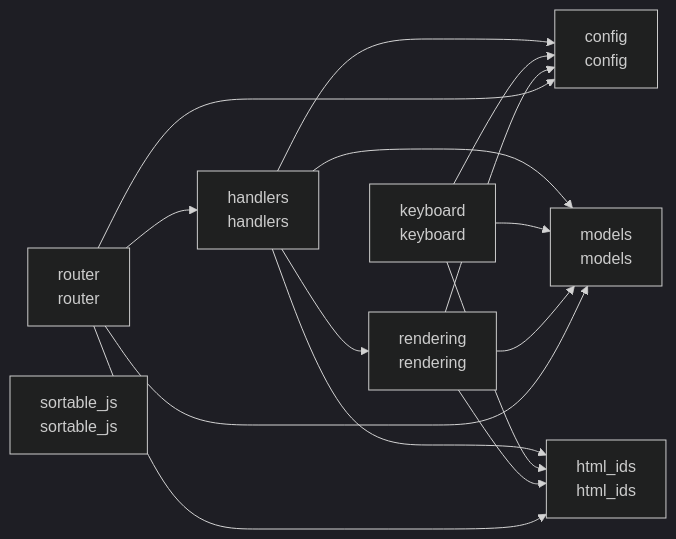
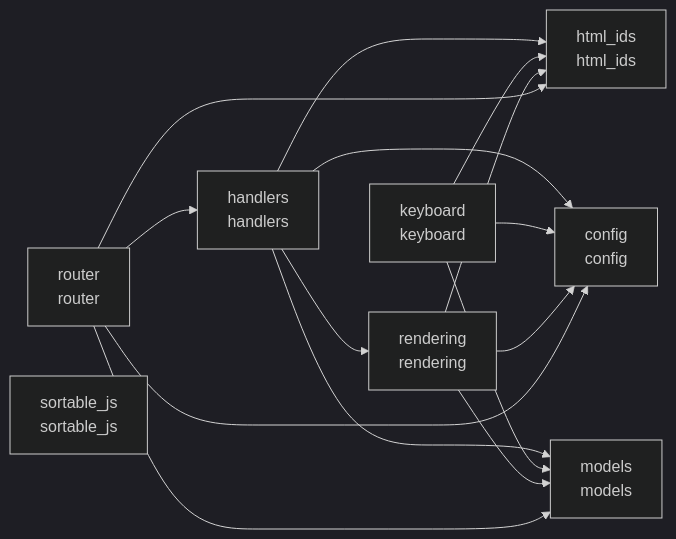
Before and after one commit to cj-mills/cjm-fasthtml-sortable-queue: the diagram in README.md, drawn with Mermaid (dark theme). The commit also changed other lines of this file and 4 other files, not shown here.

````diff
--- a/README.md
+++ b/README.md
@@ -28,26 +28,26 @@
 ``` mermaid
 graph LR
     config[config<br/>config]
     handlers[handlers<br/>handlers]
     html_ids[html_ids<br/>html_ids]
     keyboard[keyboard<br/>keyboard]
     models[models<br/>models]
     rendering[rendering<br/>rendering]
     router[router<br/>router]
     sortable_js[sortable_js<br/>sortable_js]
 
+    handlers --> config
     handlers --> models
-    handlers --> config
+    handlers --> html_ids
     handlers --> rendering
-    handlers --> html_ids
     keyboard --> config
+    keyboard --> html_ids
     keyboard --> models
-    keyboard --> html_ids
     rendering --> config
+    rendering --> models
     rendering --> html_ids
-    rendering --> models
+    router --> html_ids
     router --> config
     router --> handlers
     router --> models
-    router --> html_ids
 ```
````
